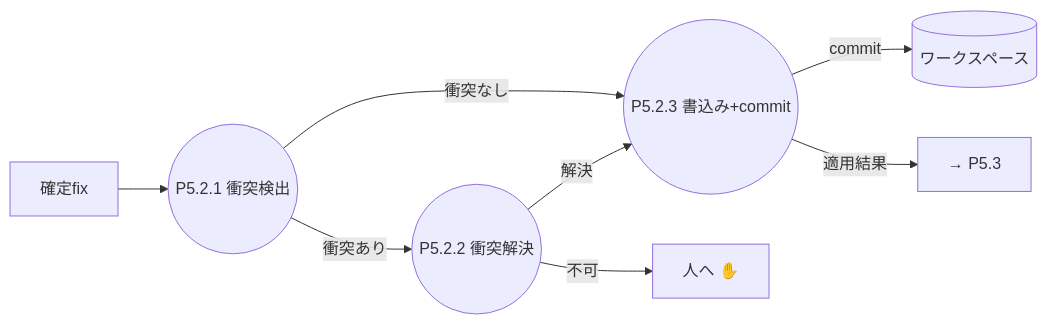
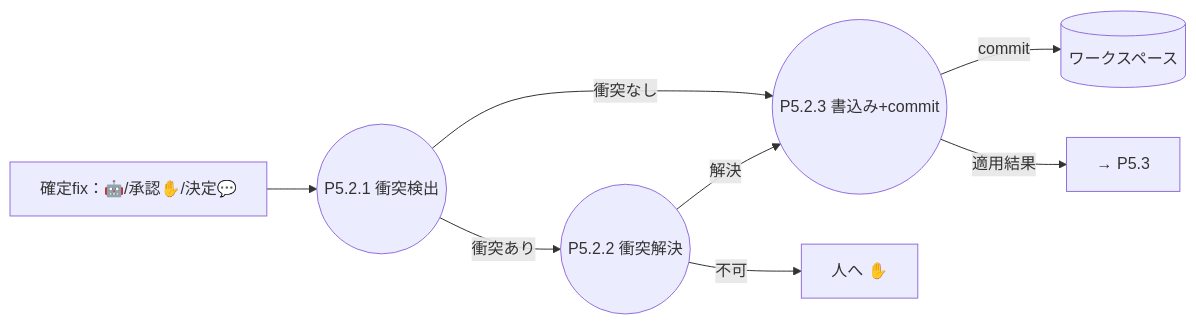
Before and after one commit to hiratashinnya/review-system: diagram 20 of 27 in docs/process/02-decomposition.md, drawn with Mermaid. The commit also changed other lines of this file and 3 other files, not shown here.

````diff
--- a/docs/process/02-decomposition.md
+++ b/docs/process/02-decomposition.md
@@ -569,10 +585,10 @@
 ```mermaid
 flowchart LR
-  IN[確定fix] --> p521((P5.2.1 衝突検出))
+  IN[確定fix：🤖/承認✋/決定💬] --> p521((P5.2.1 衝突検出))
   p521 -->|衝突なし| p523((P5.2.3 書込み+commit))
   p521 -->|衝突あり| p522((P5.2.2 衝突解決))
   p522 -->|解決| p523
   p522 -->|不可| H[人へ ✋]
   p523 -->|commit| DS3[(ワークスペース)]
   p523 -->|適用結果| OUT[→ P5.3]
 ```
````
